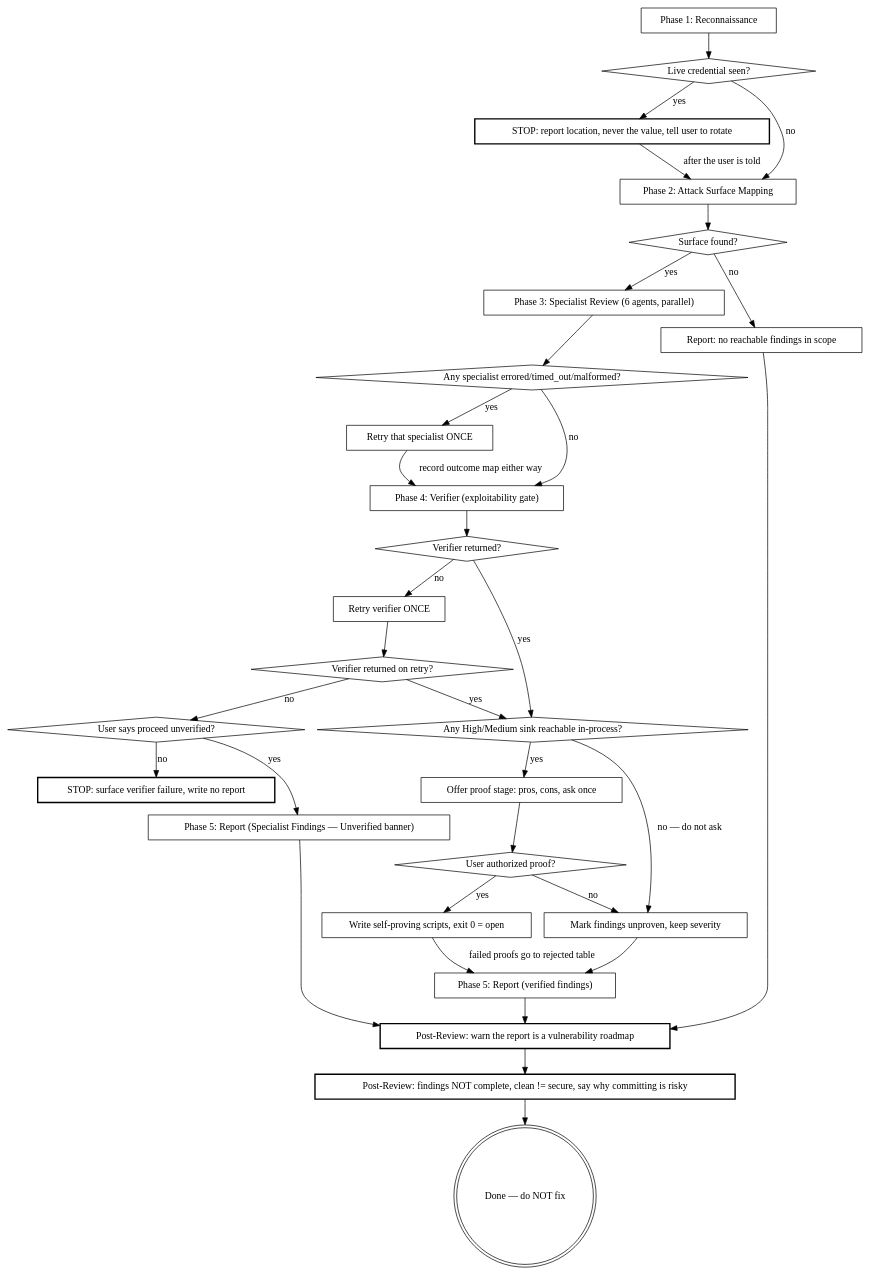
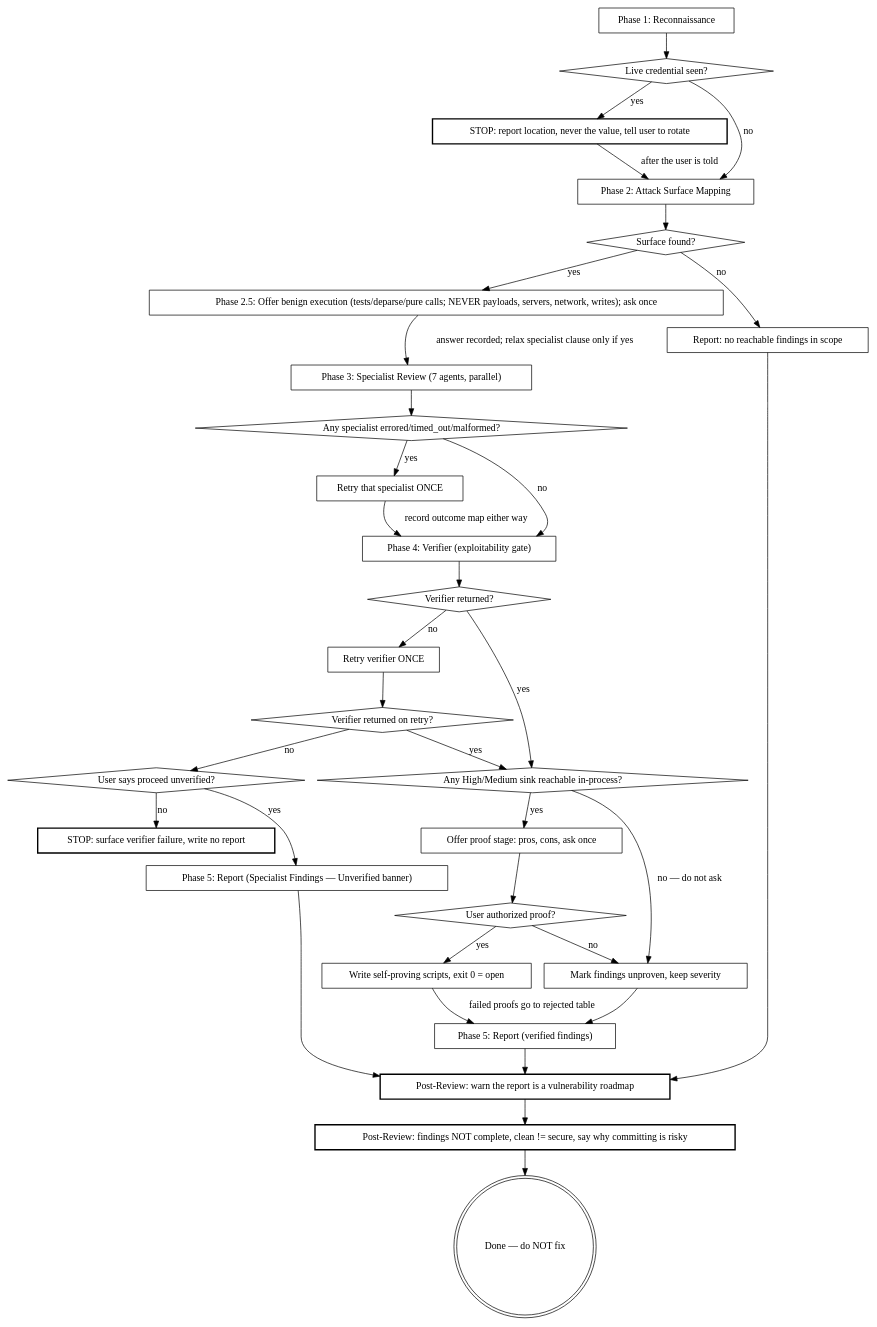
Before and after one commit to Ovid/paad: the second of 3 diagrams in kiro_and_antigravity/skills/.kiro/skills/agentic-owasp/SKILL.md, drawn with Graphviz. The commit also changed other lines of this file and 4 other files, not shown here.

````diff
--- a/kiro_and_antigravity/skills/.kiro/skills/agentic-owasp/SKILL.md
+++ b/kiro_and_antigravity/skills/.kiro/skills/agentic-owasp/SKILL.md
@@ -72,61 +93,63 @@
 ```dot
 digraph session {
   "Phase 1: Reconnaissance" [shape=box];
   "Live credential seen?" [shape=diamond];
   "STOP: report location, never the value, tell user to rotate" [shape=box, style=bold];
   "Phase 2: Attack Surface Mapping" [shape=box];
   "Surface found?" [shape=diamond];
-  "Phase 3: Specialist Review (6 agents, parallel)" [shape=box];
+  "Phase 3: Specialist Review (7 agents, parallel)" [shape=box];
   "Any specialist errored/timed_out/malformed?" [shape=diamond];
   "Retry that specialist ONCE" [shape=box];
   "Phase 4: Verifier (exploitability gate)" [shape=box];
   "Verifier returned?" [shape=diamond];
   "Retry verifier ONCE" [shape=box];
   "Verifier returned on retry?" [shape=diamond];
   "User says proceed unverified?" [shape=diamond];
   "STOP: surface verifier failure, write no report" [shape=box, style=bold];
+  "Phase 2.5: Offer benign execution (tests/deparse/pure calls; NEVER payloads, servers, network, writes); ask once" [shape=box];
   "Any High/Medium sink reachable in-process?" [shape=diamond];
   "Offer proof stage: pros, cons, ask once" [shape=box];
   "User authorized proof?" [shape=diamond];
   "Write self-proving scripts, exit 0 = open" [shape=box];
   "Mark findings unproven, keep severity" [shape=box];
   "Phase 5: Report (verified findings)" [shape=box];
   "Phase 5: Report (Specialist Findings — Unverified banner)" [shape=box];
   "Report: no reachable findings in scope" [shape=box];
   "Post-Review: warn the report is a vulnerability roadmap" [shape=box, style=bold];
   "Post-Review: findings NOT complete, clean != secure, say why committing is risky" [shape=box, style=bold];
   "Done — do NOT fix" [shape=doublecircle];
 
   "Phase 1: Reconnaissance" -> "Live credential seen?";
   "Live credential seen?" -> "STOP: report location, never the value, tell user to rotate" [label="yes"];
   "STOP: report location, never the value, tell user to rotate" -> "Phase 2: Attack Surface Mapping" [label="after the user is told"];
   "Live credential seen?" -> "Phase 2: Attack Surface Mapping" [label="no"];
   "Phase 2: Attack Surface Mapping" -> "Surface found?";
   "Surface found?" -> "Report: no reachable findings in scope" [label="no"];
-  "Surface found?" -> "Phase 3: Specialist Review (6 agents, parallel)" [label="yes"];
-  "Phase 3: Specialist Review (6 agents, parallel)" -> "Any specialist errored/timed_out/malformed?";
+  "Surface found?" -> "Phase 2.5: Offer benign execution (tests/deparse/pure calls; NEVER payloads, servers, network, writes); ask once" [label="yes"];
+  "Phase 2.5: Offer benign execution (tests/deparse/pure calls; NEVER payloads, servers, network, writes); ask once" -> "Phase 3: Specialist Review (7 agents, parallel)" [label="answer recorded; relax specialist clause only if yes"];
+  "Phase 3: Specialist Review (7 agents, parallel)" -> "Any specialist errored/timed_out/malformed?";
   "Any specialist errored/timed_out/malformed?" -> "Retry that specialist ONCE" [label="yes"];
   "Retry that specialist ONCE" -> "Phase 4: Verifier (exploitability gate)" [label="record outcome map either way"];
   "Any specialist errored/timed_out/malformed?" -> "Phase 4: Verifier (exploitability gate)" [label="no"];
   "Phase 4: Verifier (exploitability gate)" -> "Verifier returned?";
   "Verifier returned?" -> "Any High/Medium sink reachable in-process?" [label="yes"];
   "Verifier returned?" -> "Retry verifier ONCE" [label="no"];
   "Retry verifier ONCE" -> "Verifier returned on retry?";
   "Verifier returned on retry?" -> "Any High/Medium sink reachable in-process?" [label="yes"];
   "Verifier returned on retry?" -> "User says proceed unverified?" [label="no"];
   "User says proceed unverified?" -> "Phase 5: Report (Specialist Findings — Unverified banner)" [label="yes"];
   "User says proceed unverified?" -> "STOP: surface verifier failure, write no report" [label="no"];
   "Any High/Medium sink reachable in-process?" -> "Offer proof stage: pros, cons, ask once" [label="yes"];
   "Any High/Medium sink reachable in-process?" -> "Mark findings unproven, keep severity" [label="no — do not ask"];
   "Offer proof stage: pros, cons, ask once" -> "User authorized proof?";
   "User authorized proof?" -> "Write self-proving scripts, exit 0 = open" [label="yes"];
   "User authorized proof?" -> "Mark findings unproven, keep severity" [label="no"];
   "Write self-proving scripts, exit 0 = open" -> "Phase 5: Report (verified findings)" [label="failed proofs go to rejected table"];
   "Mark findings unproven, keep severity" -> "Phase 5: Report (verified findings)";
   "Report: no reachable findings in scope" -> "Post-Review: warn the report is a vulnerability roadmap";
   "Phase 5: Report (verified findings)" -> "Post-Review: warn the report is a vulnerability roadmap";
   "Phase 5: Report (Specialist Findings — Unverified banner)" -> "Post-Review: warn the report is a vulnerability roadmap";
   "Post-Review: warn the report is a vulnerability roadmap" -> "Post-Review: findings NOT complete, clean != secure, say why committing is risky";
   "Post-Review: findings NOT complete, clean != secure, say why committing is risky" -> "Done — do NOT fix";
 }
 ```
````
